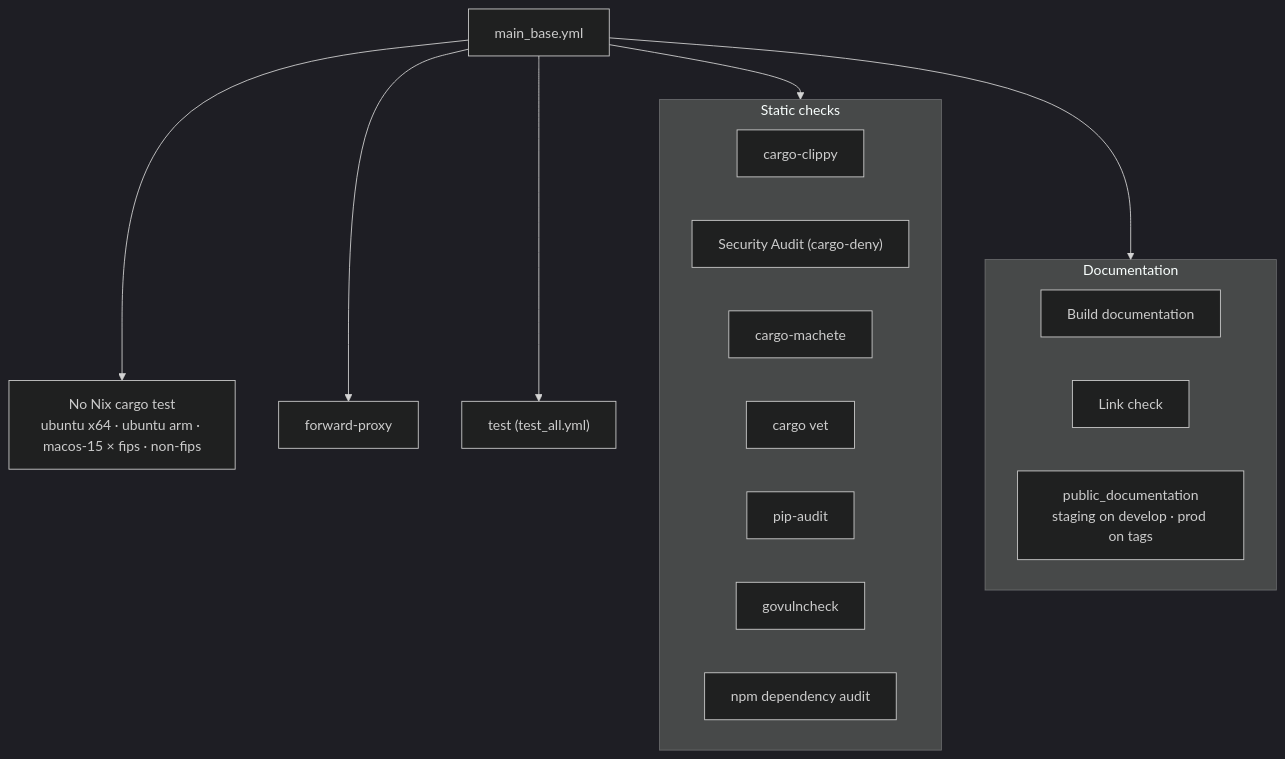
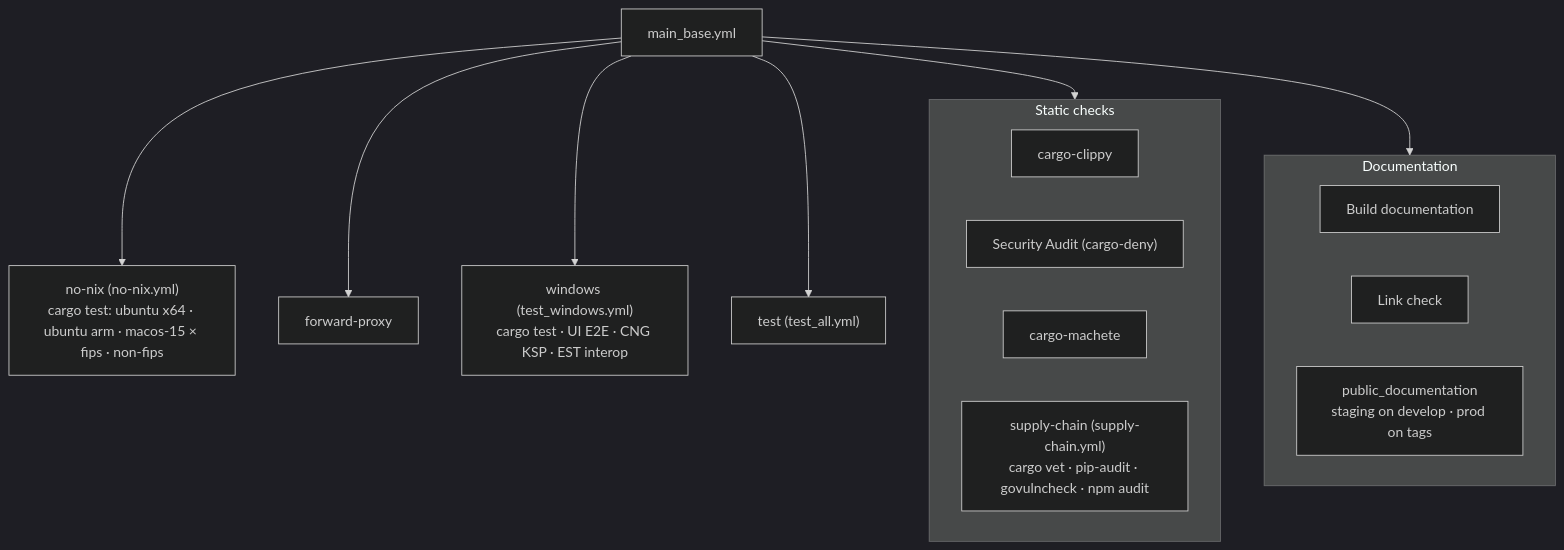
The second of 3 diagrams in .github/workflows/README_main.md (Cosmian/kms), drawn with Mermaid (dark theme) before and after one commit. The commit also changed other lines of this file and 8 other files, not shown here.

Commit message:
ci: group supply-chain, no-nix and windows jobs; move helm E2E to packaging-kubernetes

````diff
--- a/.github/workflows/README_main.md
+++ b/.github/workflows/README_main.md
@@ -34,22 +36,20 @@
 ```mermaid
 flowchart TB
     Base["main_base.yml"]
     subgraph Static["Static checks"]
         Clippy["cargo-clippy"]
         Deny["Security Audit (cargo-deny)"]
         Machete["cargo-machete"]
-        Vet["cargo vet"]
-        PipAudit["pip-audit"]
-        GoVuln["govulncheck"]
-        NpmAudit["npm dependency audit"]
+        Supply["supply-chain (supply-chain.yml)<br/>cargo vet · pip-audit · govulncheck · npm audit"]
     end
     subgraph Docs["Documentation"]
         DocBuild["Build documentation"]
         Links["Link check"]
         PubDoc["public_documentation<br/>staging on develop · prod on tags"]
     end
-    NoNix["No Nix cargo test<br/>ubuntu x64 · ubuntu arm · macos-15 × fips · non-fips"]
+    NoNix["no-nix (no-nix.yml)<br/>cargo test: ubuntu x64 · ubuntu arm · macos-15 × fips · non-fips"]
     Proxy["forward-proxy"]
+    Win["windows (test_windows.yml)<br/>cargo test · UI E2E · CNG KSP · EST interop"]
     TestAll["test (test_all.yml)"]
-    Base --> Static & Docs & NoNix & Proxy & TestAll
+    Base --> Static & Docs & NoNix & Proxy & Win & TestAll
 ```
````
